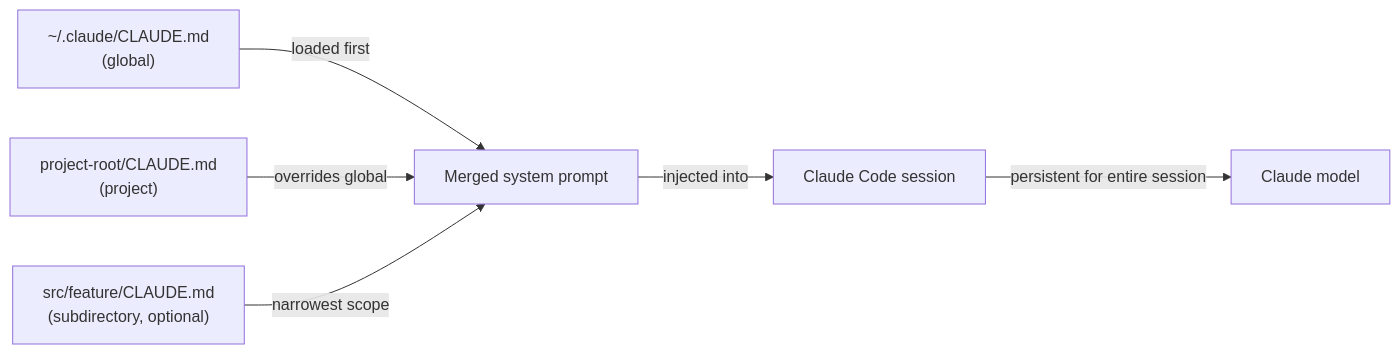
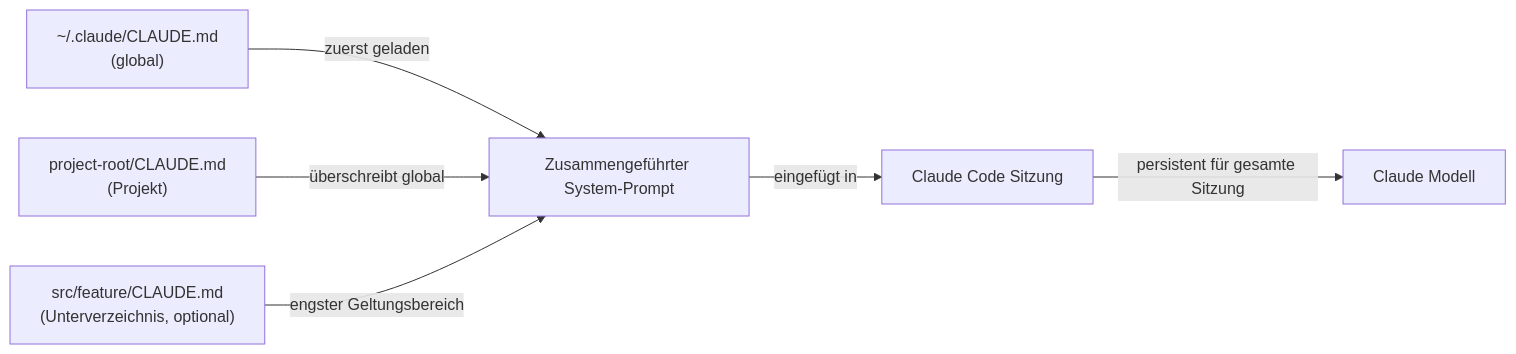
Before and after one commit to EmersonBraun/ai-summary-hub: the diagram in i18n/de/docusaurus-plugin-content-docs/current/claude-code/claude-md.md, drawn with Mermaid. The commit also changed other lines of this file and 178 other files, not shown here.

````diff
--- a/i18n/de/docusaurus-plugin-content-docs/current/claude-code/claude-md.md
+++ b/i18n/de/docusaurus-plugin-content-docs/current/claude-code/claude-md.md
@@ -35,8 +37,8 @@
 ```mermaid
 flowchart LR
-  Global["~/.claude/CLAUDE.md\n(global)"] -->|loaded first| Merge[Merged system prompt]
-  Root["project-root/CLAUDE.md\n(project)"] -->|overrides global| Merge
-  Sub["src/feature/CLAUDE.md\n(subdirectory, optional)"] -->|narrowest scope| Merge
-  Merge -->|injected into| Session[Claude Code session]
-  Session -->|persistent for entire session| LLM[Claude model]
+  Global["~/.claude/CLAUDE.md\n(global)"] -->|zuerst geladen| Merge[Zusammengeführter System-Prompt]
+  Root["project-root/CLAUDE.md\n(Projekt)"] -->|überschreibt global| Merge
+  Sub["src/feature/CLAUDE.md\n(Unterverzeichnis, optional)"] -->|engster Geltungsbereich| Merge
+  Merge -->|eingefügt in| Session[Claude Code Sitzung]
+  Session -->|persistent für gesamte Sitzung| LLM[Claude Modell]
 ```
````
